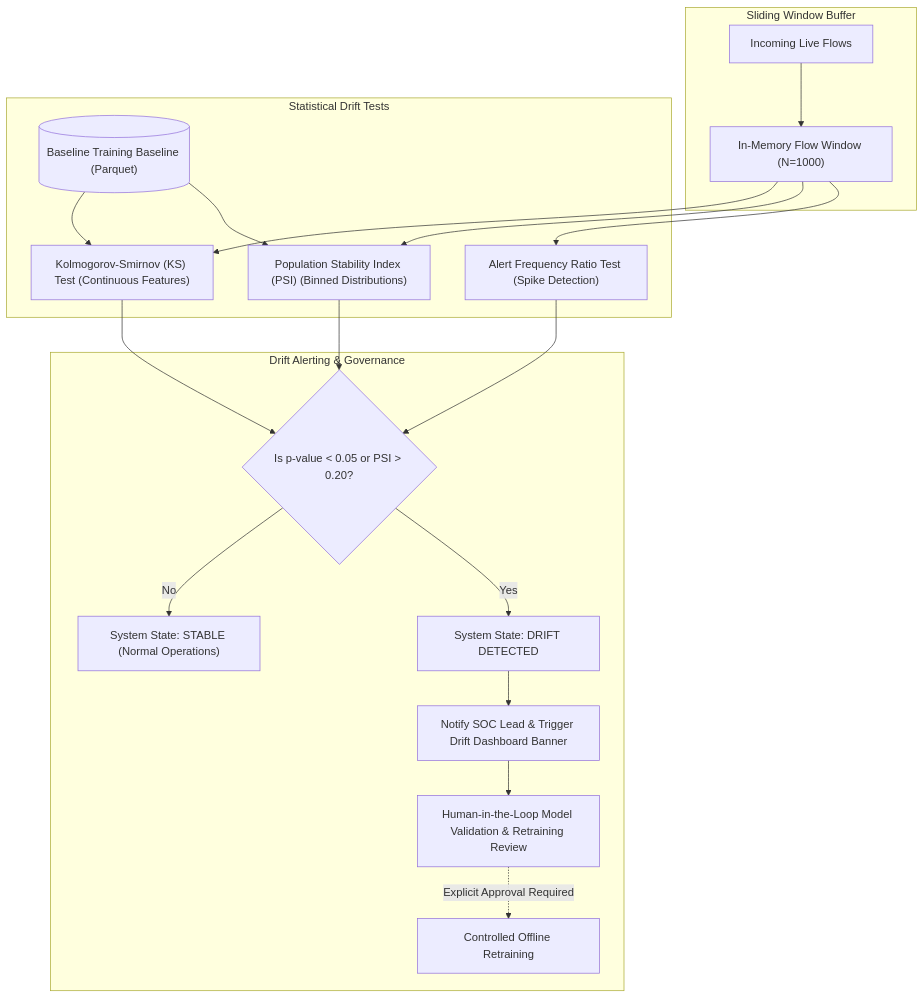
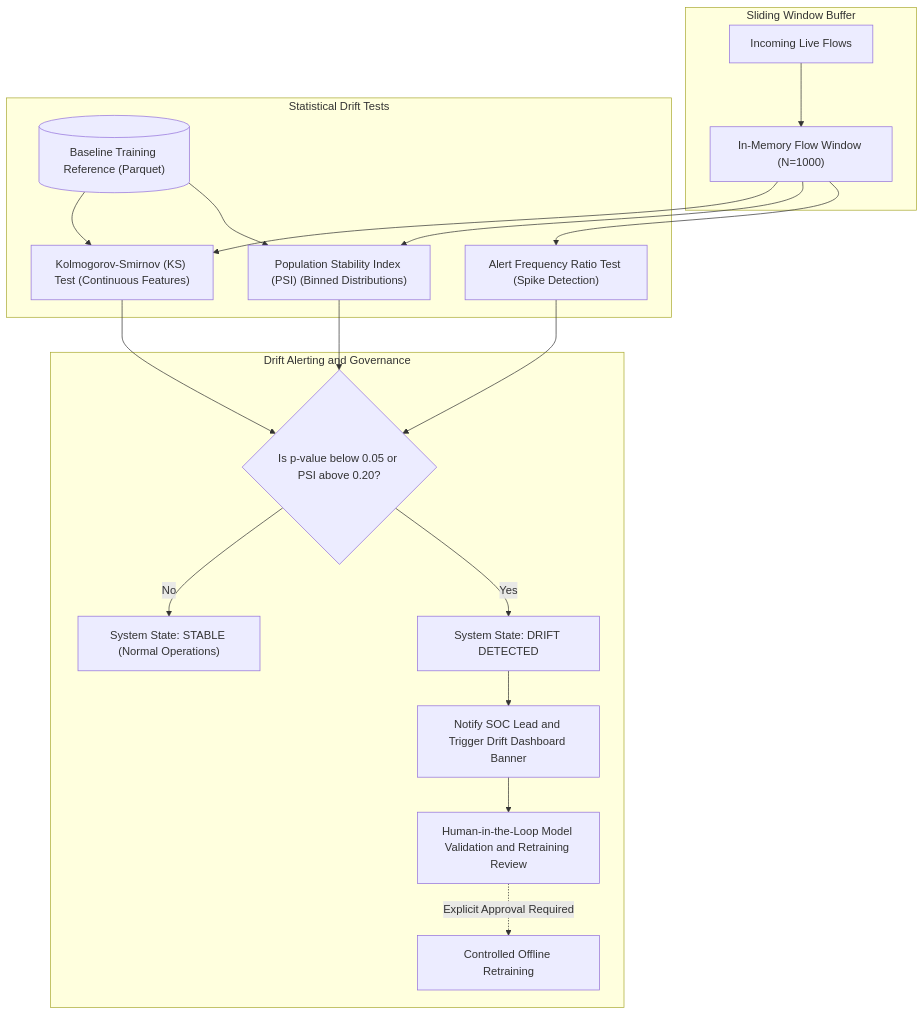
The fifth of 6 diagrams in docs/ARCHITECTURE.md (sunayanakamat04/cybersentinel-ai), drawn with Mermaid before and after one commit. The commit also changed other lines of this file and 3 other files, not shown here.

Commit message:
fix(docs): resolve Mermaid syntax parse errors for GitHub rich display rendering

````diff
--- a/docs/ARCHITECTURE.md
+++ b/docs/ARCHITECTURE.md
@@ -164,28 +164,28 @@
 ```mermaid
 flowchart TD
     subgraph TRAFFIC_CAPTURE["Sliding Window Buffer"]
         FLOWS["Incoming Live Flows"] --> BUFFER["In-Memory Flow Window (N=1000)"]
     end
 
     subgraph STATISTICAL_TESTS["Statistical Drift Tests"]
         BUFFER --> KS_TEST["Kolmogorov-Smirnov (KS) Test (Continuous Features)"]
-        BASELINE[("Baseline Training Baseline (Parquet)")] --> KS_TEST
+        BASELINE[("Baseline Training Reference (Parquet)")] --> KS_TEST
         
         BUFFER --> PSI_TEST["Population Stability Index (PSI) (Binned Distributions)"]
         BASELINE --> PSI_TEST
 
         BUFFER --> RATE_TEST["Alert Frequency Ratio Test (Spike Detection)"]
     end
 
-    subgraph TRIAGE_ACTION["Drift Alerting & Governance"]
-        KS_TEST --> EVAL_DRIFT{"Is p-value < 0.05 or PSI > 0.20?"}
+    subgraph TRIAGE_ACTION["Drift Alerting and Governance"]
+        KS_TEST --> EVAL_DRIFT{"Is p-value below 0.05 or PSI above 0.20?"}
         PSI_TEST --> EVAL_DRIFT
         RATE_TEST --> EVAL_DRIFT
         
-        EVAL_DRIFT -->|No| STABLE["System State: STABLE (Normal Operations)"]
-        EVAL_DRIFT -->|Yes| DRIFT_WARN["System State: DRIFT DETECTED"]
-        DRIFT_WARN --> NOTIFY["Notify SOC Lead & Trigger Drift Dashboard Banner"]
-        NOTIFY --> MANUAL["Human-in-the-Loop Model Validation & Retraining Review"]
-        MANUAL -.->|Explicit Approval Required| RETRAIN["Controlled Offline Retraining"]
+        EVAL_DRIFT -->|"No"| STABLE["System State: STABLE (Normal Operations)"]
+        EVAL_DRIFT -->|"Yes"| DRIFT_WARN["System State: DRIFT DETECTED"]
+        DRIFT_WARN --> NOTIFY["Notify SOC Lead and Trigger Drift Dashboard Banner"]
+        NOTIFY --> MANUAL["Human-in-the-Loop Model Validation and Retraining Review"]
+        MANUAL -.->|"Explicit Approval Required"| RETRAIN["Controlled Offline Retraining"]
     end
 ```
````
